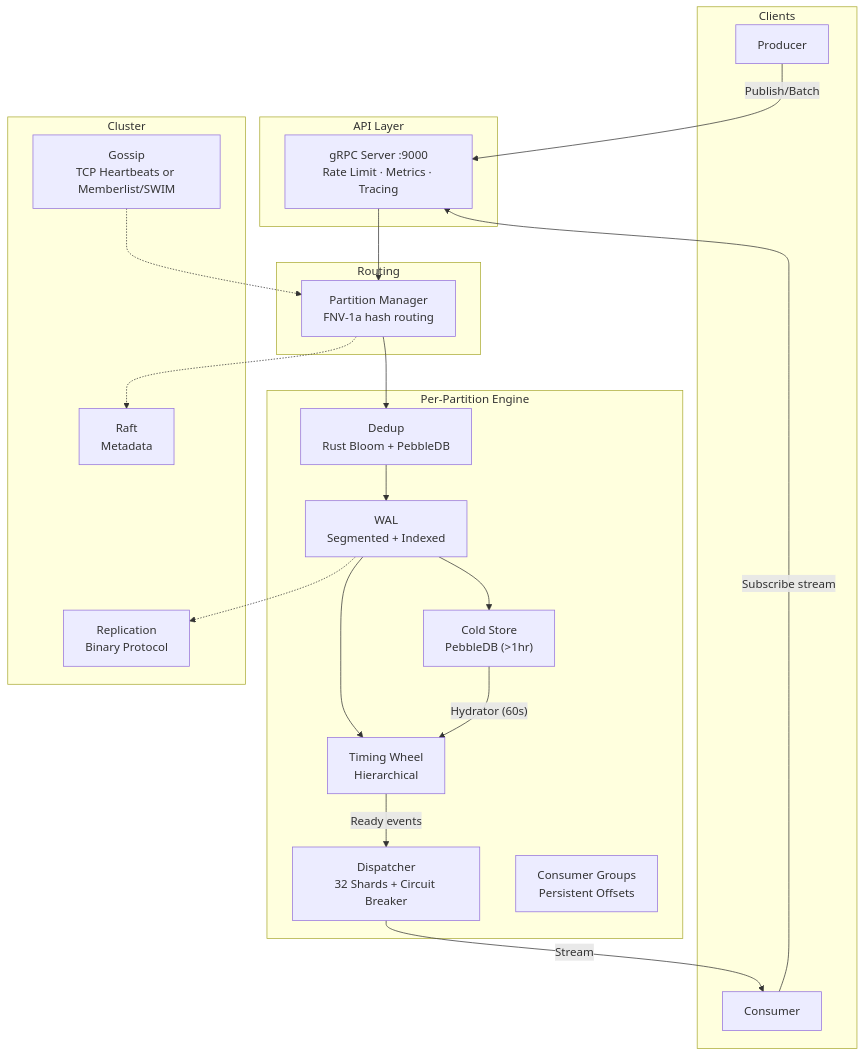
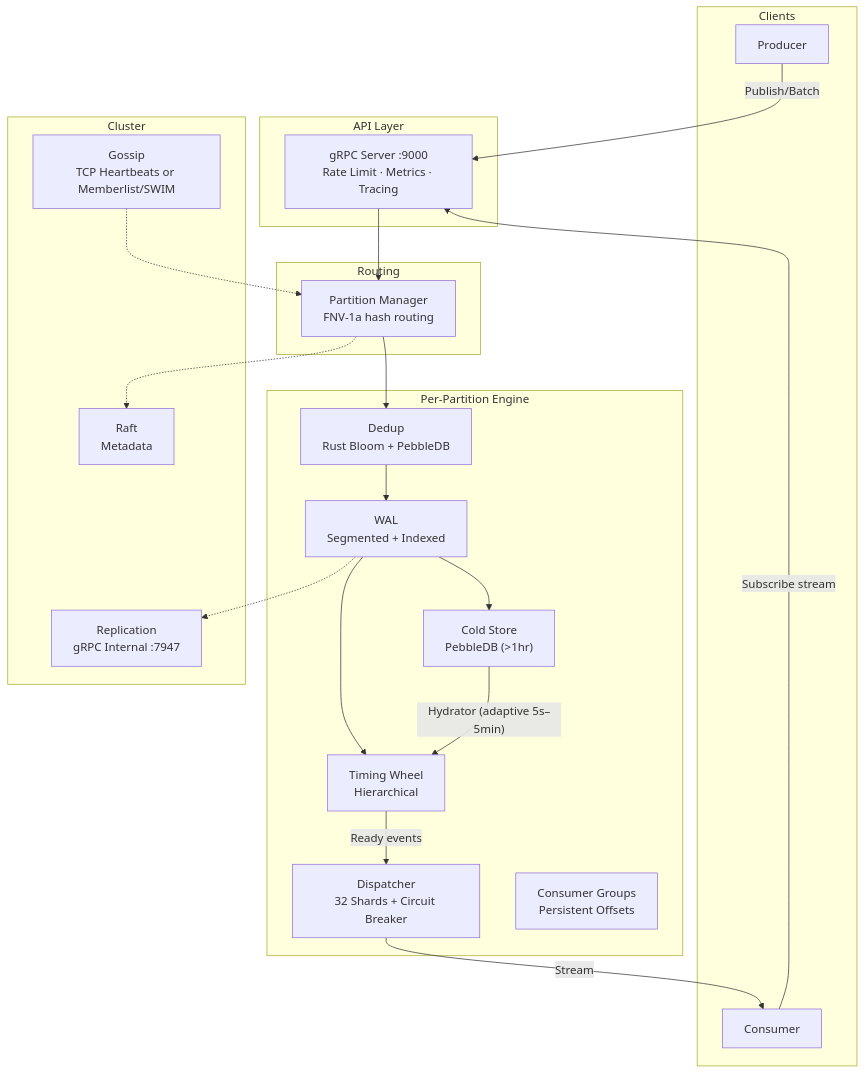
The diagram in README.md (jatin711-debug/cronos_db_golang), drawn with Mermaid before and after one commit. The commit also changed other lines of this file and 24 other files, not shown here.

First line of the commit message:
docs: align architecture docs and mermaid with current runtime

````diff
--- a/README.md
+++ b/README.md
@@ -81,40 +81,40 @@
 ```mermaid
 graph TB
     subgraph Clients
         C1[Producer]
         C2[Consumer]
     end
 
     subgraph "API Layer"
         GW["gRPC Server :9000<br/>Rate Limit · Metrics · Tracing"]
     end
 
     subgraph "Routing"
         PM["Partition Manager<br/>FNV-1a hash routing"]
     end
 
     subgraph "Per-Partition Engine"
         WAL["WAL<br/>Segmented + Indexed"]
         CS["Cold Store<br/>PebbleDB (>1hr)"]
         SCH["Timing Wheel<br/>Hierarchical"]
         DD["Dedup<br/>Rust Bloom + PebbleDB"]
         DSP["Dispatcher<br/>32 Shards + Circuit Breaker"]
         CG["Consumer Groups<br/>Persistent Offsets"]
     end
 
     subgraph "Cluster"
         RAFT["Raft<br/>Metadata"]
         GOSSIP["Gossip<br/>TCP Heartbeats or Memberlist/SWIM"]
-        REPL["Replication<br/>Binary Protocol"]
+        REPL["Replication<br/>gRPC Internal :7947"]
     end
 
     C1 -->|"Publish/Batch"| GW
     C2 -->|"Subscribe stream"| GW
     GW --> PM --> DD --> WAL --> SCH
     WAL --> CS
-    CS -->|"Hydrator (60s)"| SCH
+    CS -->|"Hydrator (adaptive 5s–5min)"| SCH
     SCH -->|"Ready events"| DSP -->|"Stream"| C2
     WAL -.-> REPL
     PM -.-> RAFT
     GOSSIP -.-> PM
 ```
````
